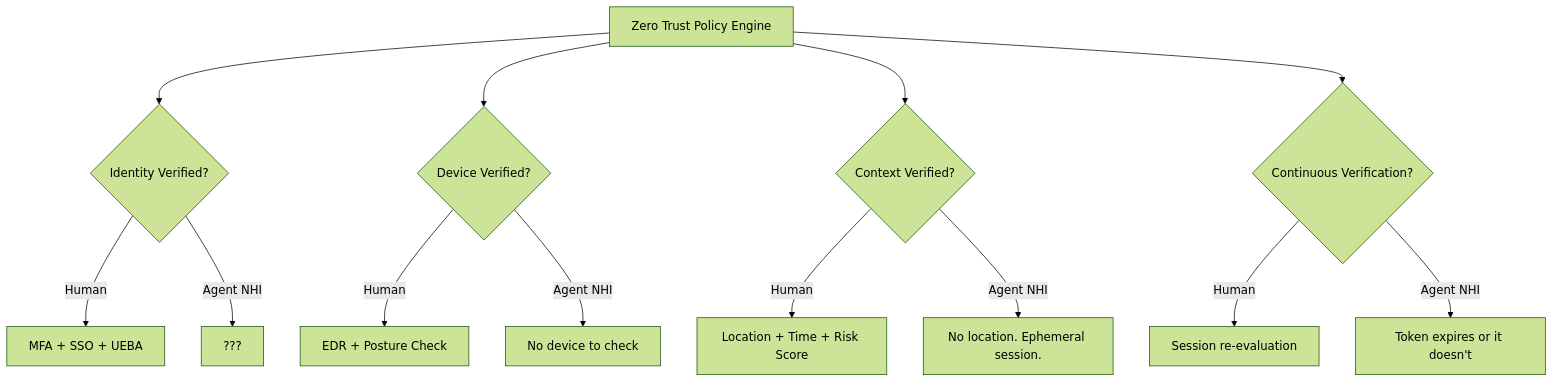
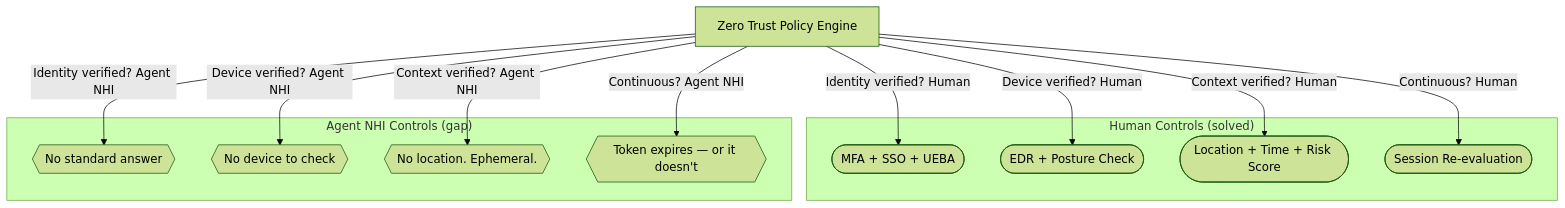
Before and after one commit to CyberdaemonAI/cyberdaemon-site: the third of 3 diagrams in src/content/research/nhi-agentic.mdx, drawn with Mermaid (forest theme). The commit also changed other lines of this file and 23 other files, not shown here.

First line of the commit message:
style(diagrams): retrofit all mermaid diagrams to flowchart syntax site-wide

````diff
--- a/src/content/research/nhi-agentic.mdx
+++ b/src/content/research/nhi-agentic.mdx
@@ -242,15 +243,27 @@
 ```mermaid
-graph TD
-    A[Zero Trust Policy Engine] --> B{Identity Verified?}
-    B -->|Human| C[MFA + SSO + UEBA]
-    B -->|Agent NHI| D[??? ]
-    A --> E{Device Verified?}
-    E -->|Human| F[EDR + Posture Check]
-    E -->|Agent NHI| G[No device to check]
-    A --> H{Context Verified?}
-    H -->|Human| I[Location + Time + Risk Score]
-    H -->|Agent NHI| J[No location. Ephemeral session.]
-    A --> K{Continuous Verification?}
-    K -->|Human| L[Session re-evaluation]
-    K -->|Agent NHI| M[Token expires or it doesn't]
+flowchart TD
+    PDP["Zero Trust Policy Engine"]
+
+    subgraph human["Human Controls (solved)"]
+        H1([MFA + SSO + UEBA])
+        H2([EDR + Posture Check])
+        H3([Location + Time + Risk Score])
+        H4([Session Re-evaluation])
+    end
+
+    subgraph agent["Agent NHI Controls (gap)"]
+        A1{{No standard answer}}
+        A2{{No device to check}}
+        A3{{No location. Ephemeral.}}
+        A4{{Token expires — or it doesn't}}
+    end
+
+    PDP -->|"Identity verified? Human"| H1
+    PDP -->|"Device verified? Human"| H2
+    PDP -->|"Context verified? Human"| H3
+    PDP -->|"Continuous? Human"| H4
+    PDP -->|"Identity verified? Agent NHI"| A1
+    PDP -->|"Device verified? Agent NHI"| A2
+    PDP -->|"Context verified? Agent NHI"| A3
+    PDP -->|"Continuous? Agent NHI"| A4
 ```
````
